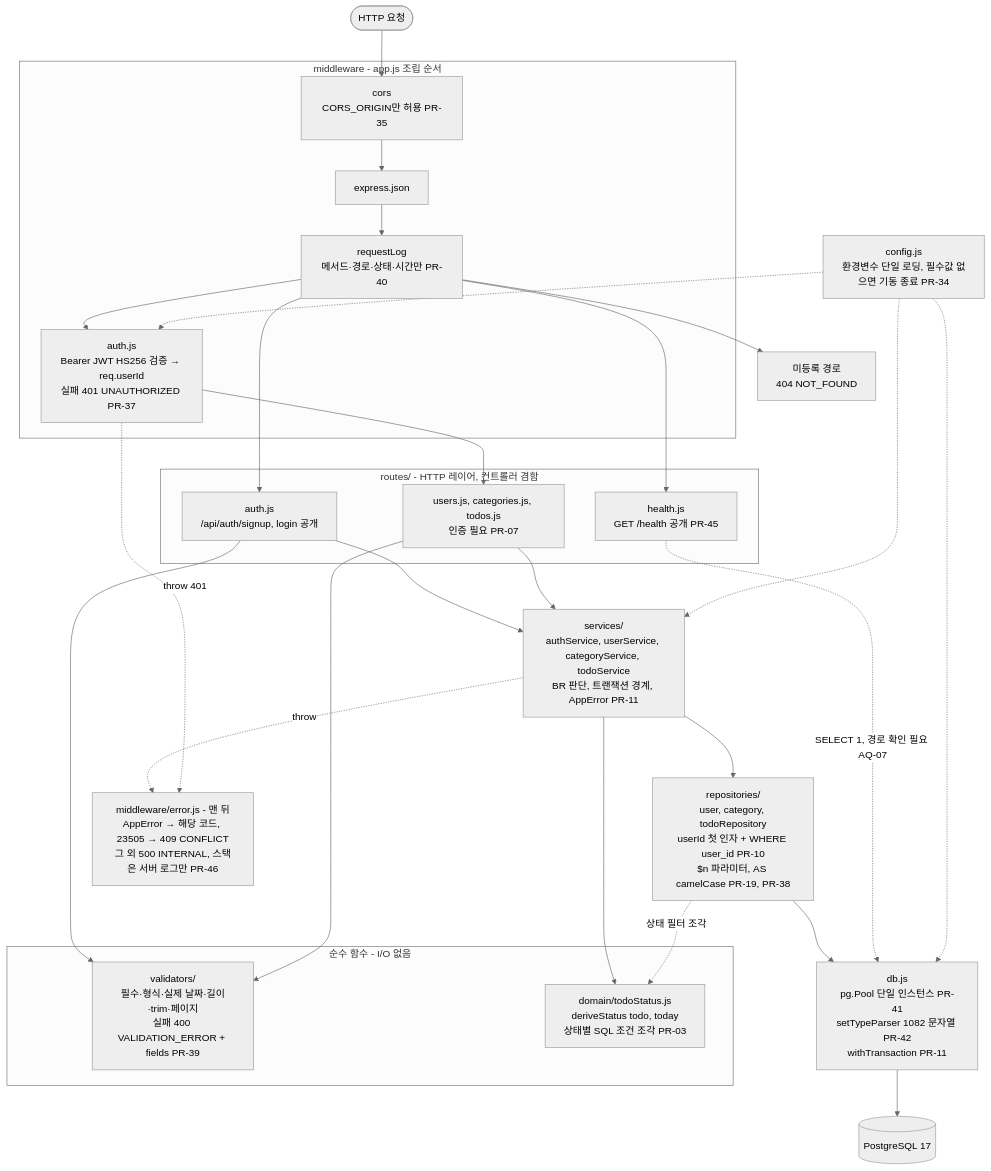
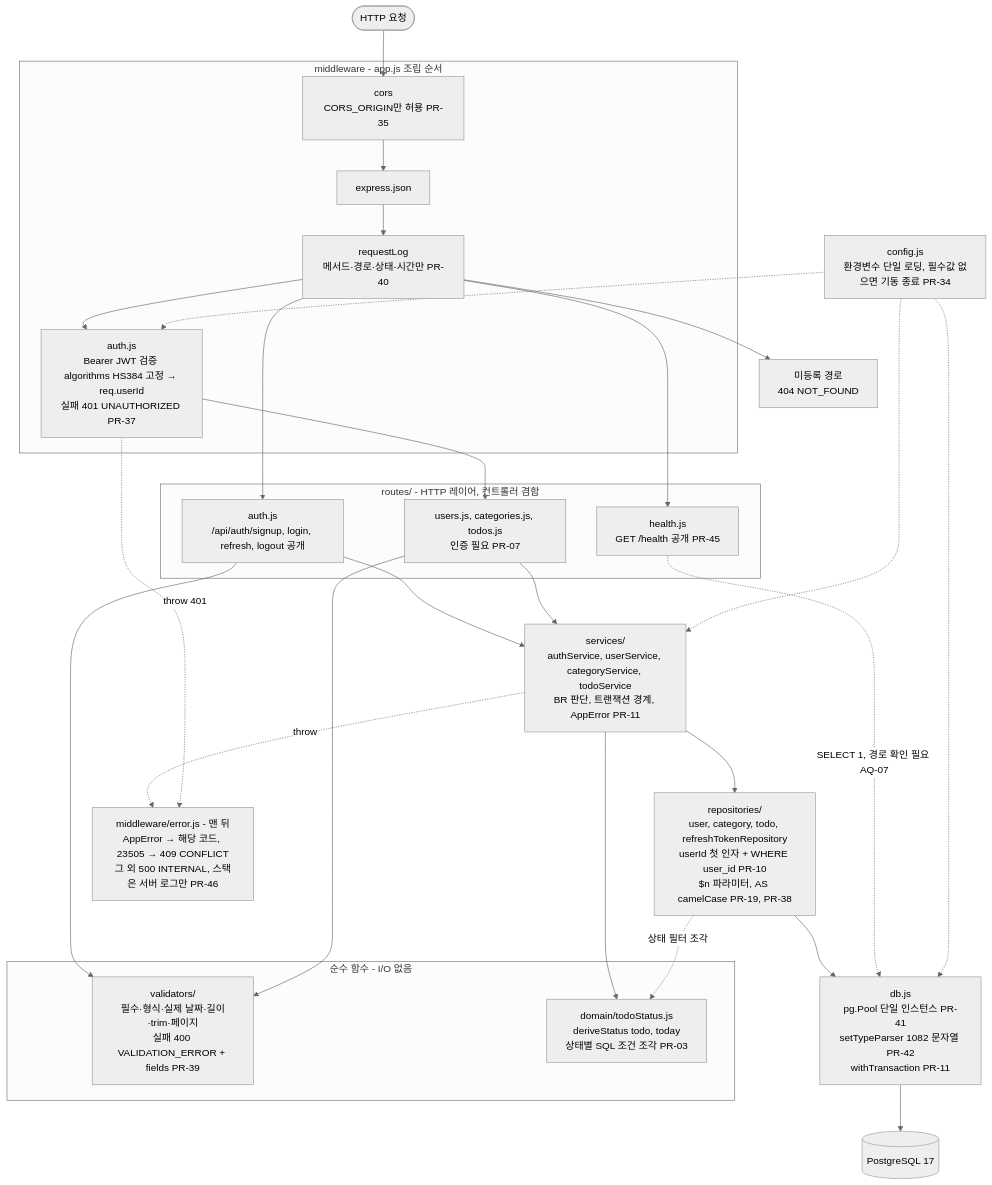
Before and after one commit to chaenamo/todolist-app: the third of 12 diagrams in docs/6-arch-diagram.md, drawn with Mermaid (neutral theme). The commit also changed other lines of this file and 8 other files, not shown here.

First line of the commit message:
docs: ERD·DDL·실행 계획·Swagger 스펙 추가 및 인증 설계(HS384 + refresh token) 반영

````diff
--- a/docs/6-arch-diagram.md
+++ b/docs/6-arch-diagram.md
@@ -118,50 +125,50 @@
 ```mermaid
 flowchart TB
     REQ(["HTTP 요청"])
 
     subgraph MW["middleware - app.js 조립 순서"]
         CORS["cors<br/>CORS_ORIGIN만 허용 PR-35"]
         JSON["express.json"]
         LOG["requestLog<br/>메서드·경로·상태·시간만 PR-40"]
-        AUTH["auth.js<br/>Bearer JWT HS256 검증 → req.userId<br/>실패 401 UNAUTHORIZED PR-37"]
+        AUTH["auth.js<br/>Bearer JWT 검증 algorithms HS384 고정 → req.userId<br/>실패 401 UNAUTHORIZED PR-37"]
     end
 
     subgraph RT["routes/ - HTTP 레이어, 컨트롤러 겸함"]
         HEALTH["health.js<br/>GET /health 공개 PR-45"]
-        RAUTH["auth.js<br/>/api/auth/signup, login 공개"]
+        RAUTH["auth.js<br/>/api/auth/signup, login, refresh, logout 공개"]
         RPRIV["users.js, categories.js, todos.js<br/>인증 필요 PR-07"]
     end
 
     subgraph PURE["순수 함수 - I/O 없음"]
         VAL["validators/<br/>필수·형식·실제 날짜·길이·trim·페이지<br/>실패 400 VALIDATION_ERROR + fields PR-39"]
         DOM["domain/todoStatus.js<br/>deriveStatus todo, today<br/>상태별 SQL 조건 조각 PR-03"]
     end
 
     SVC["services/<br/>authService, userService, categoryService, todoService<br/>BR 판단, 트랜잭션 경계, AppError PR-11"]
-    REPO["repositories/<br/>user, category, todoRepository<br/>userId 첫 인자 + WHERE user_id PR-10<br/>$n 파라미터, AS camelCase PR-19, PR-38"]
+    REPO["repositories/<br/>user, category, todo, refreshTokenRepository<br/>userId 첫 인자 + WHERE user_id PR-10<br/>$n 파라미터, AS camelCase PR-19, PR-38"]
     DBJS["db.js<br/>pg.Pool 단일 인스턴스 PR-41<br/>setTypeParser 1082 문자열 PR-42<br/>withTransaction PR-11"]
     PG[("PostgreSQL 17")]
     NF404["미등록 경로<br/>404 NOT_FOUND"]
     ERR["middleware/error.js - 맨 뒤<br/>AppError → 해당 코드, 23505 → 409 CONFLICT<br/>그 외 500 INTERNAL, 스택은 서버 로그만 PR-46"]
     CFG["config.js<br/>환경변수 단일 로딩, 필수값 없으면 기동 종료 PR-34"]
 
     REQ --> CORS --> JSON --> LOG
     LOG --> HEALTH
     LOG --> RAUTH
     LOG --> AUTH --> RPRIV
     LOG --> NF404
     RAUTH --> VAL
     RPRIV --> VAL
     RAUTH --> SVC
     RPRIV --> SVC
     SVC --> DOM
     SVC --> REPO
     REPO -.->|"상태 필터 조각"| DOM
     REPO --> DBJS --> PG
     HEALTH -.->|"SELECT 1, 경로 확인 필요 AQ-07"| DBJS
     SVC -.->|"throw"| ERR
     AUTH -.->|"throw 401"| ERR
     CFG -.-> DBJS
     CFG -.-> AUTH
     CFG -.-> SVC
 ```
````
